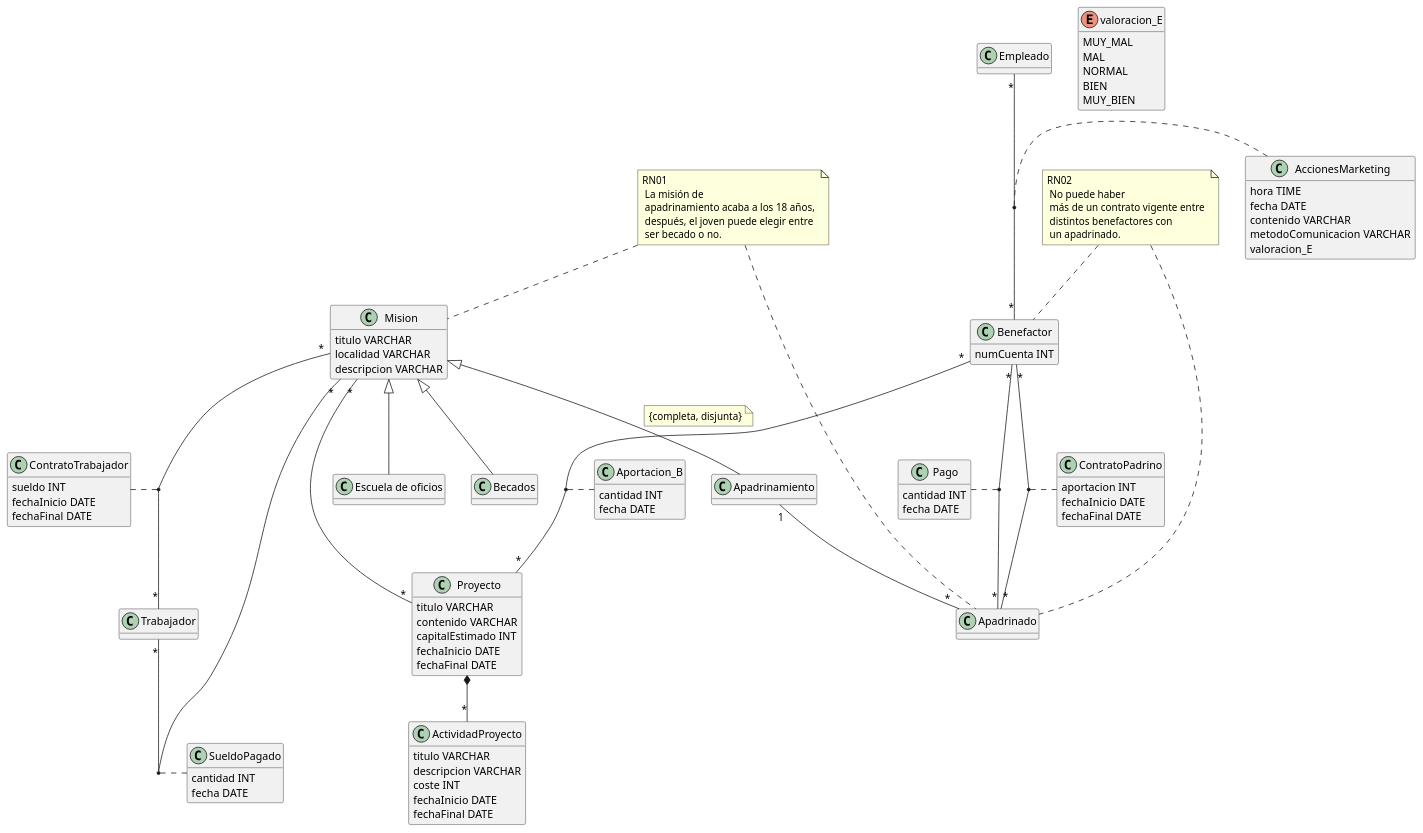
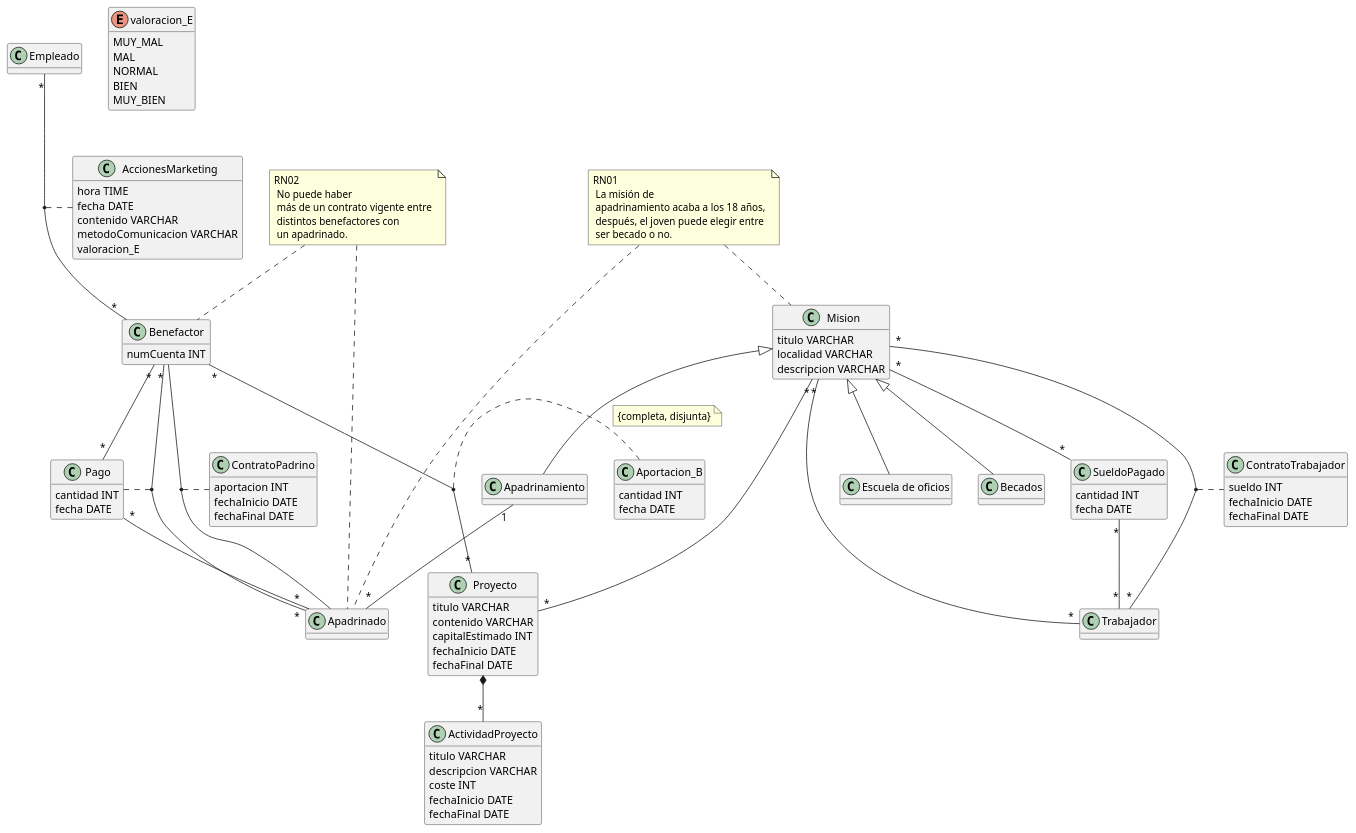
The diagram in modelo_conceptual /económico.puml (albporfer1-64/Grupo_Proyecto_DB), drawn with PlantUML before and after one commit. The commit also changed 3 other files, not shown here.

```diff
--- a/modelo_conceptual /económico.puml
+++ b/modelo_conceptual /económico.puml
@@ -1,143 +1,145 @@
 @startuml hola
 hide methods
 skinparam classAttributeIconSize 0
 
 class Proyecto{
     titulo VARCHAR
     contenido VARCHAR
     capitalEstimado INT
     fechaInicio DATE
     fechaFinal DATE
 }
 
 class ActividadProyecto{
     titulo VARCHAR
     descripcion VARCHAR
     coste INT
     fechaInicio DATE
     fechaFinal DATE
 }
 
 class Mision{
     titulo VARCHAR
     localidad VARCHAR
     descripcion VARCHAR
 }
 
 class "Escuela de oficios" as EscuelaDeOficios{
     
 }
 
 class Becados{
 }
 
 
 class Apadrinamiento{
 }
 
 'Lo que viene a continuacion es para la estetica del diagrama:
 EscuelaDeOficios -[hidden]right- Becados
 Becados -[hidden]right- Apadrinamiento
 
 Mision "*"--"*" Proyecto
+Mision "*"--"*" SueldoPagado
+SueldoPagado "*"--"*" Trabajador
 Mision "*"--"*" Trabajador
 Mision "*"--"*" Trabajador
 Proyecto *--"*" ActividadProyecto
 
 'Subclases de Mision:
 Mision <|-- EscuelaDeOficios
 Mision <|-- Becados
 Mision <|-- Apadrinamiento
 
 'Restricción de cobertura:
 note on link : {completa, disjunta}
 
 class Apadrinado{
 }
 
 
 class Aportacion_B{
     cantidad INT
     fecha DATE
 }
 
 class AccionesMarketing {
     hora TIME
     fecha DATE
     contenido VARCHAR
     metodoComunicacion VARCHAR
     valoracion_E
 }
 
 enum valoracion_E{
     MUY_MAL
     MAL
     NORMAL
     BIEN
     MUY_BIEN
 }
 
 class Benefactor{ 
     numCuenta INT
 }
 
 class Empleado{
 }
 
 class Trabajador{
 }
 
 class ContratoTrabajador{
     sueldo INT
     fechaInicio DATE
     fechaFinal DATE
 }
 
 class Pago{
     cantidad INT
     fecha DATE
 }
 
 class ContratoPadrino{
     aportacion INT
     fechaInicio DATE
     fechaFinal DATE
 }
 
 class SueldoPagado{
     cantidad INT
     fecha DATE
 }
 
 
 Apadrinamiento "1"--"*" Apadrinado
-Benefactor "*"--"*" Apadrinado
+Benefactor "*"--"*" Pago
+Pago "*"--"*" Apadrinado
 Benefactor "*"--"*" Apadrinado
 Benefactor "*"--"*" Proyecto
 
 Empleado "*"--"*"Benefactor
 
 
 (Empleado, Benefactor) .. AccionesMarketing
 (Trabajador, Mision) .. ContratoTrabajador
-(Trabajador, Mision) .. SueldoPagado
 (Benefactor, Proyecto) .. Aportacion_B
 (Benefactor, Apadrinado) .. Pago
 (Benefactor, Apadrinado) .. ContratoPadrino
 
 'Regla de negocio 01:
 note "RN01\n La misión de \n apadrinamiento acaba a los 18 años, \n después, el joven puede elegir entre \n ser becado o no." as RN01
 RN01 .. Mision
 RN01 .. Apadrinado
 
 'Regla de negocio 02:
 note "RN02\n No puede haber \n más de un contrato vigente entre \n distintos benefactores con \n un apadrinado." as RN02
 RN02 .. Benefactor
 RN02 .. Apadrinado
 
 
 
 'Lo que viene a continuacion es para la estetica del diagrama:
 Apadrinamiento -[hidden]right- EscuelaDeOficios
 EscuelaDeOficios -[hidden]right- Becados
 @enduml
```
